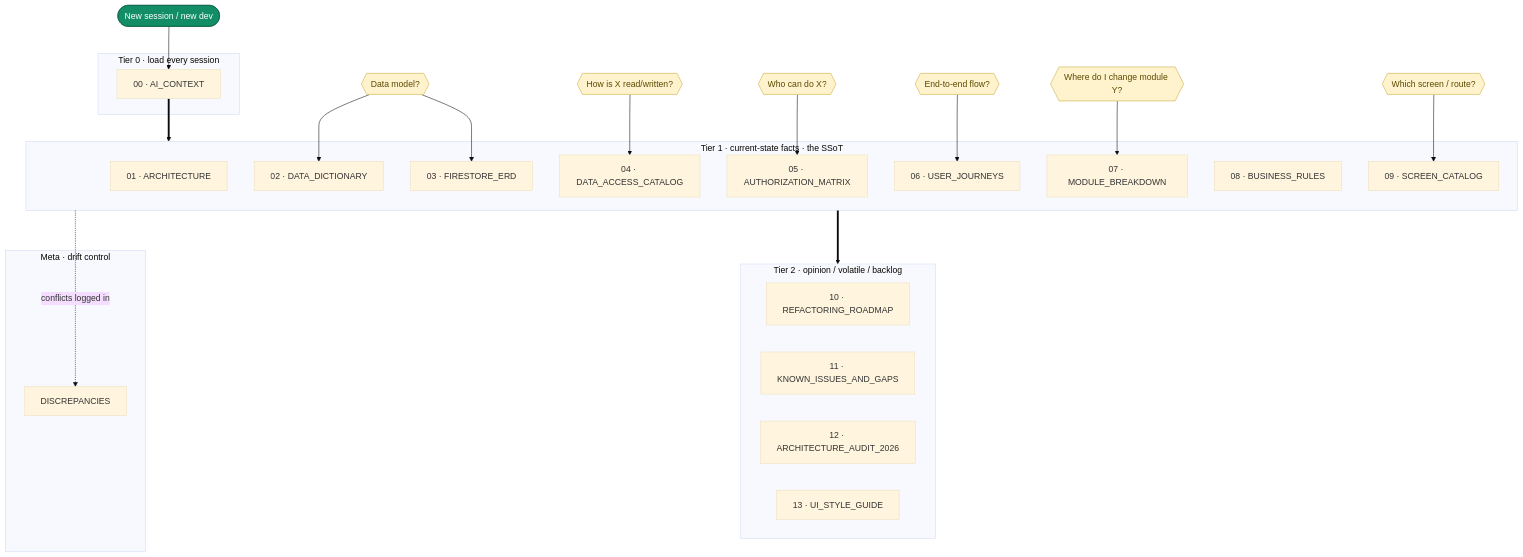
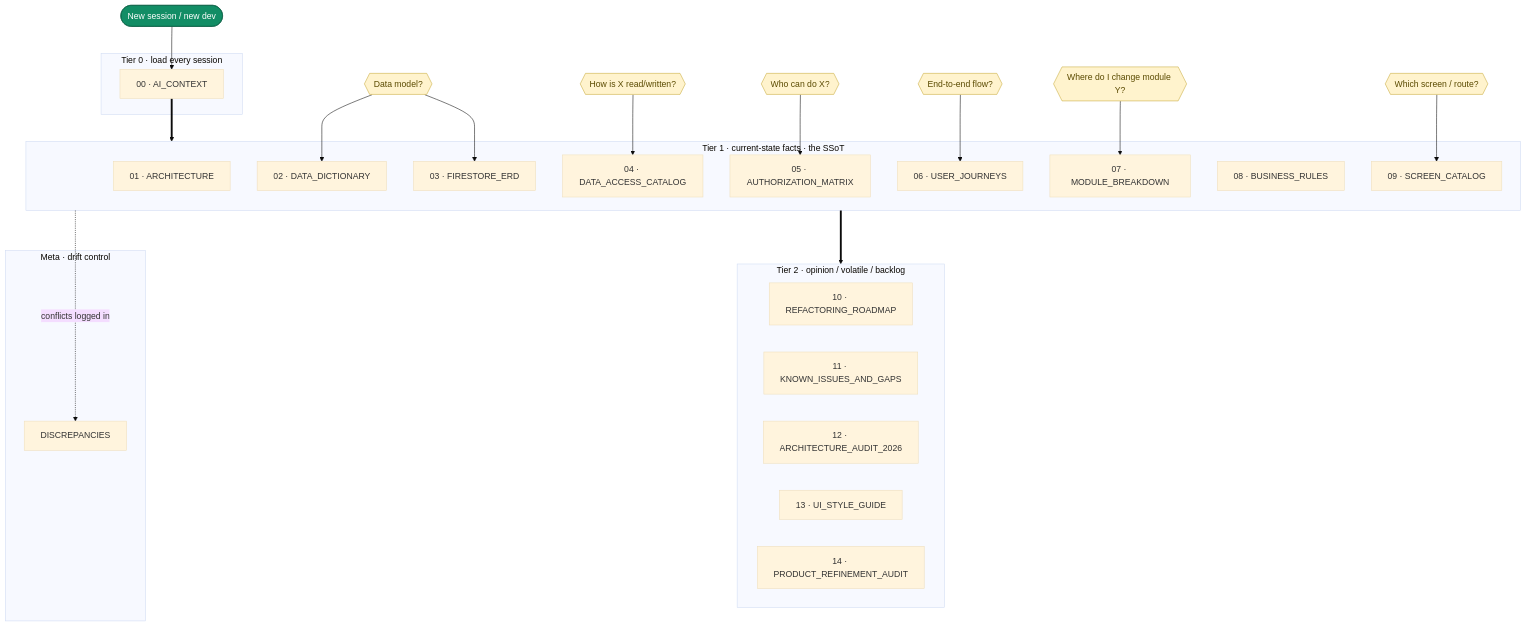
Before and after one commit to mehulchirania/FitSplit: the diagram in docs/_INDEX.md, drawn with Mermaid (base theme). The commit also changed other lines of this file and 69 other files, not shown here.

````diff
--- a/docs/_INDEX.md
+++ b/docs/_INDEX.md
@@ -21,62 +21,64 @@
 ```mermaid
 flowchart TD
   START([New session / new dev]):::entry --> AI
 
   subgraph T0[Tier 0 · load every session]
     AI[00 · AI_CONTEXT]
   end
 
   subgraph T1[Tier 1 · current-state facts · the SSoT]
     ARCH[01 · ARCHITECTURE]
     DATA[02 · DATA_DICTIONARY]
     ERD[03 · FIRESTORE_ERD]
     ACCESS[04 · DATA_ACCESS_CATALOG]
     AUTHZ[05 · AUTHORIZATION_MATRIX]
     JOURNEY[06 · USER_JOURNEYS]
     MODULE[07 · MODULE_BREAKDOWN]
     BRULES[08 · BUSINESS_RULES]
     SCREENS[09 · SCREEN_CATALOG]
   end
 
   subgraph T2[Tier 2 · opinion / volatile / backlog]
     ROADMAP[10 · REFACTORING_ROADMAP]
     ISSUES[11 · KNOWN_ISSUES_AND_GAPS]
     AUDIT[12 · ARCHITECTURE_AUDIT_2026]
     STYLE[13 · UI_STYLE_GUIDE]
+    PRODUCT[14 · PRODUCT_REFINEMENT_AUDIT]
   end
 
   subgraph META[Meta · drift control]
     DISC[DISCREPANCIES]
   end
 
   AI ==> T1
   T1 ==> T2
   T1 -. conflicts logged in .-> DISC
 
   %% find-by-question shortcuts
   Q1{{"Data model?"}}:::q --> DATA & ERD
   Q2{{"How is X read/written?"}}:::q --> ACCESS
   Q3{{"Who can do X?"}}:::q --> AUTHZ
   Q4{{"End-to-end flow?"}}:::q --> JOURNEY
   Q5{{"Where do I change module Y?"}}:::q --> MODULE
   Q6{{"Which screen / route?"}}:::q --> SCREENS
 
   classDef entry fill:#128d65,stroke:#0c5f46,color:#fff;
   classDef q fill:#fff3cd,stroke:#c8a93a,color:#5a4a00;
 
   click AI "00_AI_CONTEXT.md" "Open 00 · AI_CONTEXT"
   click ARCH "01_ARCHITECTURE.md" "Open 01 · ARCHITECTURE"
   click DATA "02_DATA_DICTIONARY.md" "Open 02 · DATA_DICTIONARY"
   click ERD "03_FIRESTORE_ERD.md" "Open 03 · FIRESTORE_ERD"
   click ACCESS "04_DATA_ACCESS_CATALOG.md" "Open 04 · DATA_ACCESS_CATALOG"
   click AUTHZ "05_AUTHORIZATION_MATRIX.md" "Open 05 · AUTHORIZATION_MATRIX"
   click JOURNEY "06_USER_JOURNEYS.md" "Open 06 · USER_JOURNEYS"
   click MODULE "07_MODULE_BREAKDOWN.md" "Open 07 · MODULE_BREAKDOWN"
   click BRULES "08_BUSINESS_RULES.md" "Open 08 · BUSINESS_RULES"
   click SCREENS "09_SCREEN_CATALOG.md" "Open 09 · SCREEN_CATALOG"
   click ROADMAP "10_REFACTORING_ROADMAP.md" "Open 10 · REFACTORING_ROADMAP"
   click ISSUES "11_KNOWN_ISSUES_AND_GAPS.md" "Open 11 · KNOWN_ISSUES_AND_GAPS"
   click AUDIT "12_ARCHITECTURE_AUDIT_2026.md" "Open 12 · ARCHITECTURE_AUDIT_2026"
   click STYLE "13_UI_STYLE_GUIDE.md" "Open 13 · UI_STYLE_GUIDE"
+  click PRODUCT "14_PRODUCT_REFINEMENT_AUDIT_2026-07-02.md" "Open 14 · PRODUCT_REFINEMENT_AUDIT"
   click DISC "DISCREPANCIES.md" "Open DISCREPANCIES"
 ```
````
